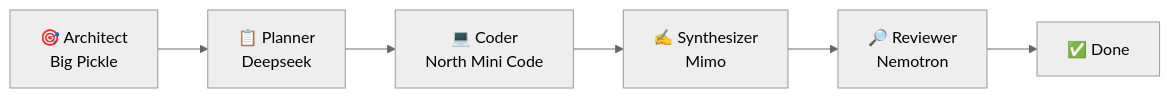
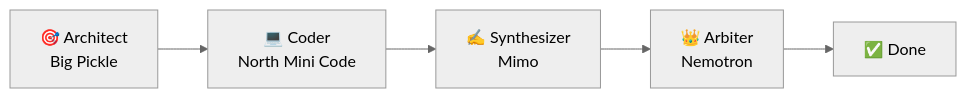
One commit to L-MORIA/hermes-multi-agent-orchestrator changed the second of 3 diagrams in ARCHITECTURE.md. Above: the diagram before and after it, drawn with Mermaid (neutral theme). The commit also changed other lines of this file and 7 other files, not shown here.

First line of the commit message:
v1.0.0: Full release — verified architecture, smoke test results, Nemotron as Arbiter

````diff
--- a/ARCHITECTURE.md
+++ b/ARCHITECTURE.md
@@ -43,8 +42,7 @@
 ```mermaid
 flowchart LR
-    A[🎯 Architect<br/>Big Pickle] --> P[📋 Planner<br/>Deepseek]
-    P --> C[💻 Coder<br/>North Mini Code]
-    C --> S[✍️ Synthesizer<br/>Mimo]
-    S --> R[🔎 Reviewer<br/>Nemotron]
+    A[🎯 Architect<br/>Big Pickle] --> P[💻 Coder<br/>North Mini Code]
+    P --> S[✍️ Synthesizer<br/>Mimo]
+    S --> R[👑 Arbiter<br/>Nemotron]
     R --> DONE[✅ Done]
 ```
````
